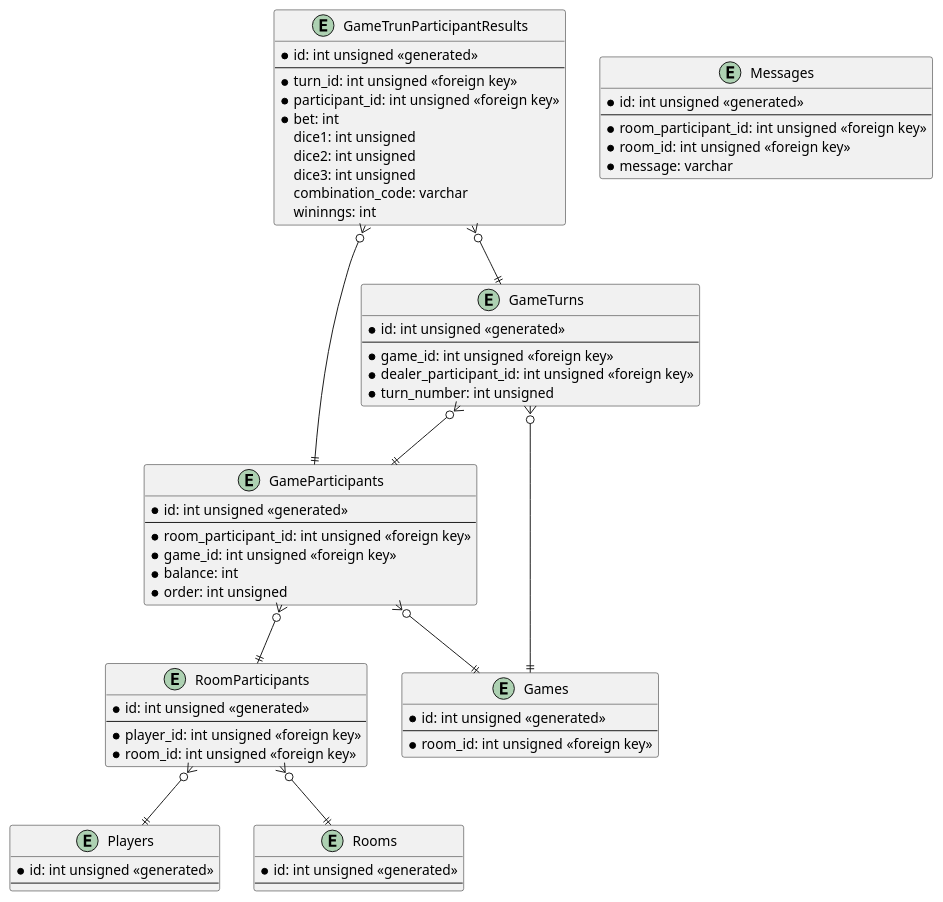
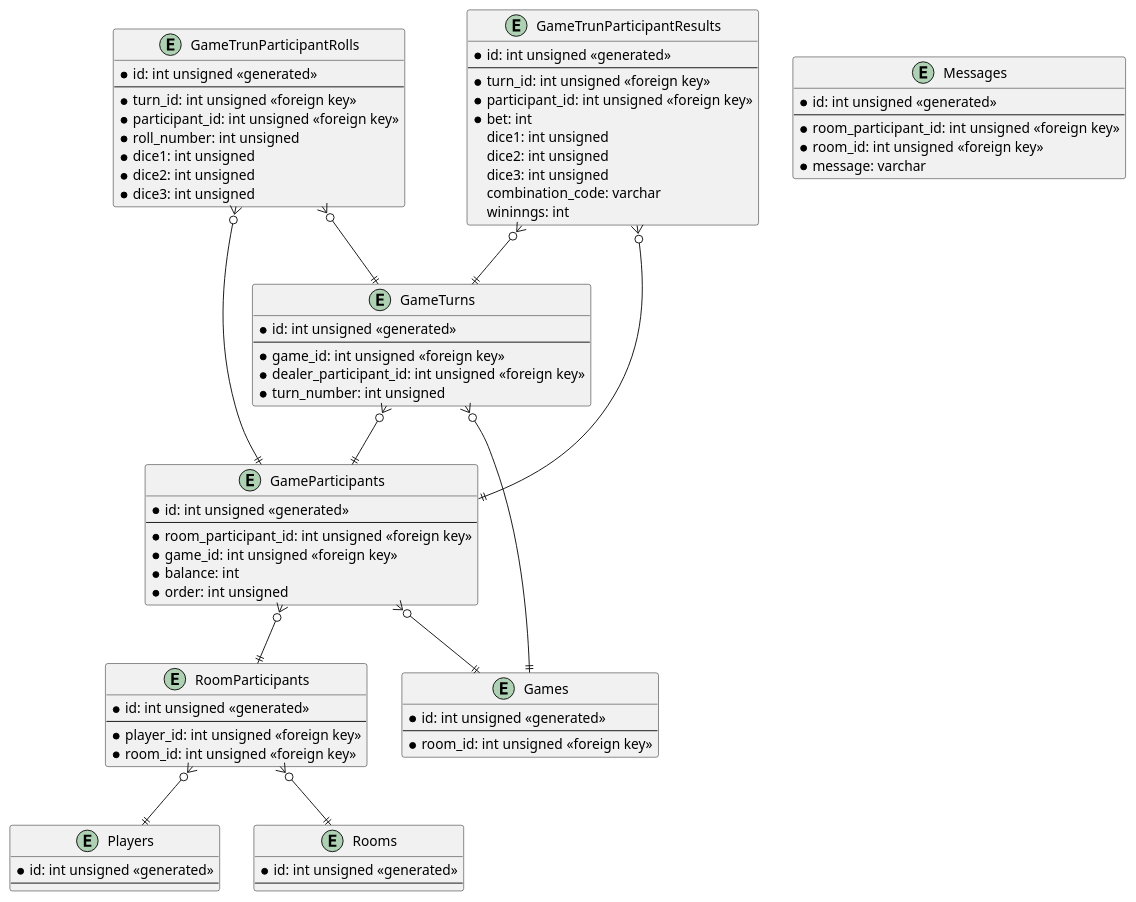
Before and after one commit to h-orito/wolfort-games: the diagram in modeling/chinchiro.puml, drawn with PlantUML. The commit also changed 65 other files, not shown here.

```diff
--- a/modeling/chinchiro.puml
+++ b/modeling/chinchiro.puml
@@ -1,84 +1,98 @@
 @startuml chinchiro
 'https://plantuml.com/class-diagram
 
 entity Players {
     * id: int unsigned <<generated>>
     --
 }
 
 ' Room
 
 entity Rooms {
     * id: int unsigned <<generated>>
     --
 }
 
 entity RoomParticipants {
     * id: int unsigned <<generated>>
     --
     * player_id: int unsigned <<foreign key>>
     * room_id: int unsigned <<foreign key>>
 }
 
 RoomParticipants }o--|| Players
 RoomParticipants }o--|| Rooms
 
 ' Game
 
 entity Games {
     * id: int unsigned <<generated>>
     --
     * room_id: int unsigned <<foreign key>>
 }
 
 entity GameParticipants {
     * id: int unsigned <<generated>>
     --
     * room_participant_id: int unsigned <<foreign key>>
     * game_id: int unsigned <<foreign key>>
     * balance: int
     * order: int unsigned
 }
 
 GameParticipants }o--|| RoomParticipants
 GameParticipants }o--|| Games
 
 entity GameTurns {
     * id: int unsigned <<generated>>
     --
     * game_id: int unsigned <<foreign key>>
     * dealer_participant_id: int unsigned <<foreign key>>
     * turn_number: int unsigned
 }
 
 GameTurns }o--|| Games
 GameTurns }o--|| GameParticipants
 
+entity GameTrunParticipantRolls {
+    * id: int unsigned <<generated>>
+    --
+    * turn_id: int unsigned <<foreign key>>
+    * participant_id: int unsigned <<foreign key>>
+    * roll_number: int unsigned
+    * dice1: int unsigned
+    * dice2: int unsigned
+    * dice3: int unsigned
+}
+
+GameTrunParticipantRolls }o--|| GameTurns
+GameTrunParticipantRolls }o--|| GameParticipants
+
 entity GameTrunParticipantResults {
     * id: int unsigned <<generated>>
     --
     * turn_id: int unsigned <<foreign key>>
     * participant_id: int unsigned <<foreign key>>
     * bet: int
     dice1: int unsigned
     dice2: int unsigned
     dice3: int unsigned
     combination_code: varchar
     wininngs: int
 }
 
 GameTrunParticipantResults }o--|| GameTurns
 GameTrunParticipantResults }o--|| GameParticipants
 
 ' Message
 
 entity Messages {
     * id: int unsigned <<generated>>
     --
     * room_participant_id: int unsigned <<foreign key>>
     * room_id: int unsigned <<foreign key>>
     * message: varchar
 }
 
 
 @enduml
```
